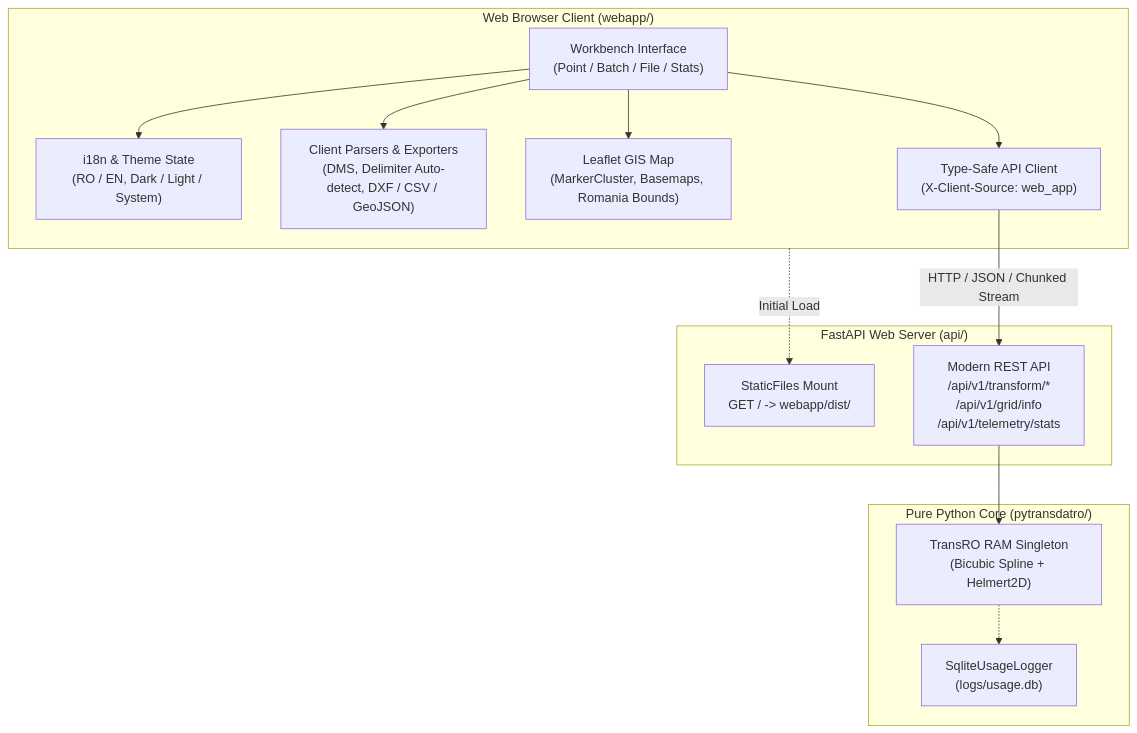
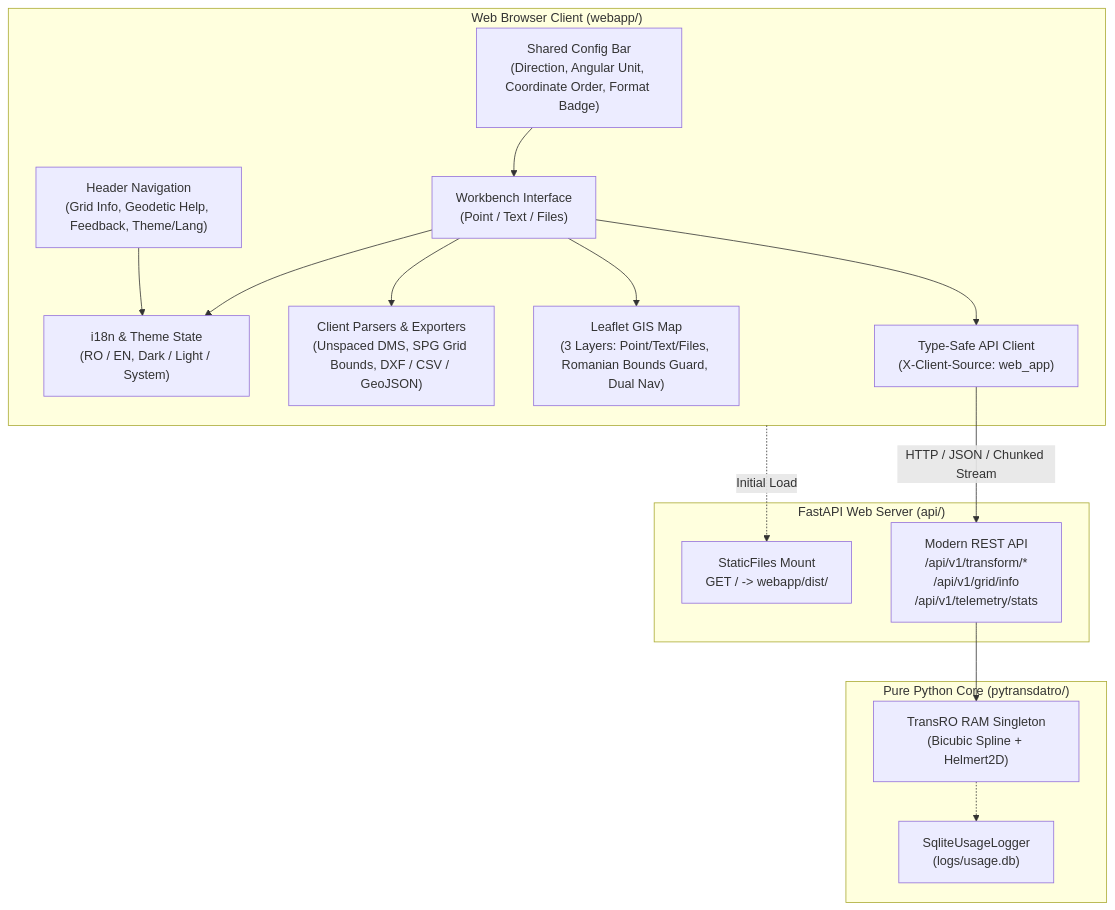
The diagram in docs/web_app.md (bogdanmorosanu/PyTransDatRO), drawn with Mermaid before and after one commit. The commit also changed other lines of this file and 3 other files, not shown here.

````diff
--- a/docs/web_app.md
+++ b/docs/web_app.md
@@ -9,30 +9,34 @@
 ```mermaid
 flowchart TD
     subgraph Browser["Web Browser Client (webapp/)"]
-        UI["Workbench Interface<br/>(Point / Batch / File / Stats)"]
+        SharedConfig["Shared Config Bar<br/>(Direction, Angular Unit, Coordinate Order, Format Badge)"]
+        UI["Workbench Interface<br/>(Point / Text / Files)"]
+        HeaderNav["Header Navigation<br/>(Grid Info, Geodetic Help, Feedback, Theme/Lang)"]
         State["i18n & Theme State<br/>(RO / EN, Dark / Light / System)"]
-        Parsers["Client Parsers & Exporters<br/>(DMS, Delimiter Auto-detect, DXF / CSV / GeoJSON)"]
-        Map["Leaflet GIS Map<br/>(MarkerCluster, Basemaps, Romania Bounds)"]
+        Parsers["Client Parsers & Exporters<br/>(Unspaced DMS, SPG Grid Bounds, DXF / CSV / GeoJSON)"]
+        Map["Leaflet GIS Map<br/>(3 Layers: Point/Text/Files, Romanian Bounds Guard, Dual Nav)"]
         Client["Type-Safe API Client<br/>(X-Client-Source: web_app)"]
         
+        HeaderNav --> State
+        SharedConfig --> UI
         UI --> State
         UI --> Parsers
         UI --> Map
         UI --> Client
     end
 
     subgraph Backend["FastAPI Web Server (api/)"]
         Static["StaticFiles Mount<br/>GET / -> webapp/dist/"]
         APIRoutes["Modern REST API<br/>/api/v1/transform/*<br/>/api/v1/grid/info<br/>/api/v1/telemetry/stats"]
     end
 
     subgraph CoreEngine["Pure Python Core (pytransdatro/)"]
         TransRO["TransRO RAM Singleton<br/>(Bicubic Spline + Helmert2D)"]
         Logger["SqliteUsageLogger<br/>(logs/usage.db)"]
     end
 
     Client -->|HTTP / JSON / Chunked Stream| APIRoutes
     Browser -.->|Initial Load| Static
     APIRoutes --> TransRO
     TransRO -.-> Logger
 ```
````
